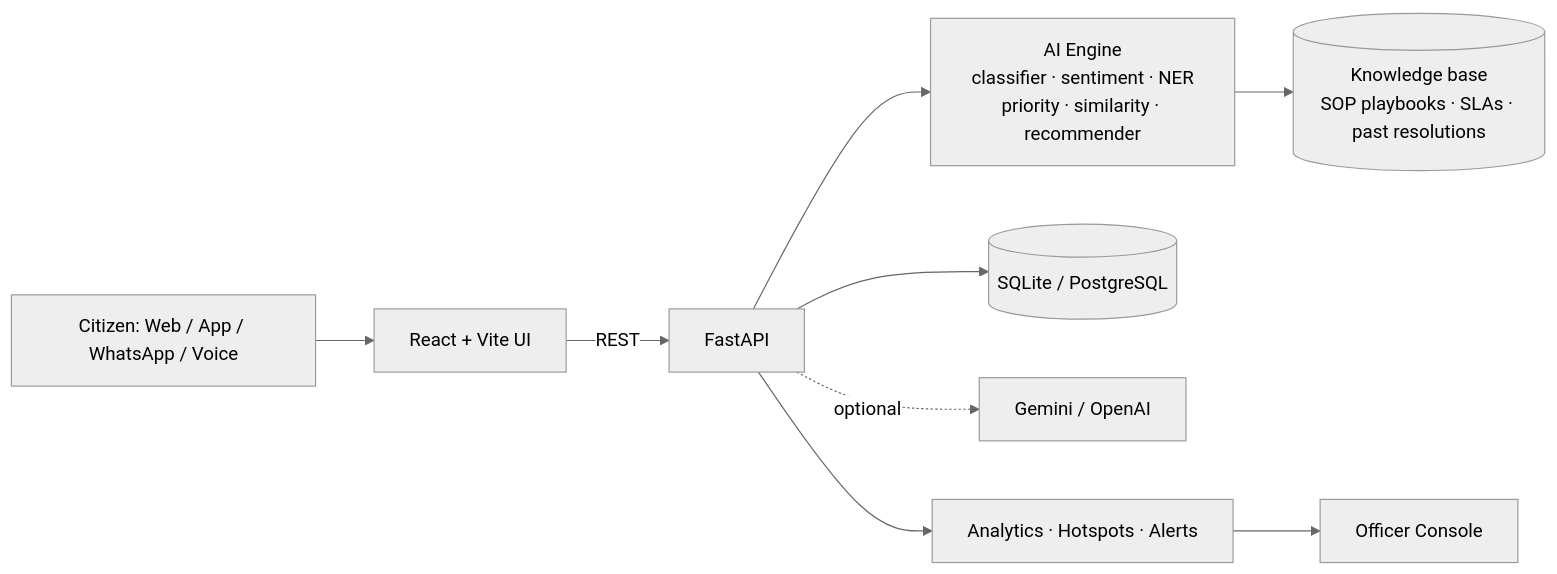
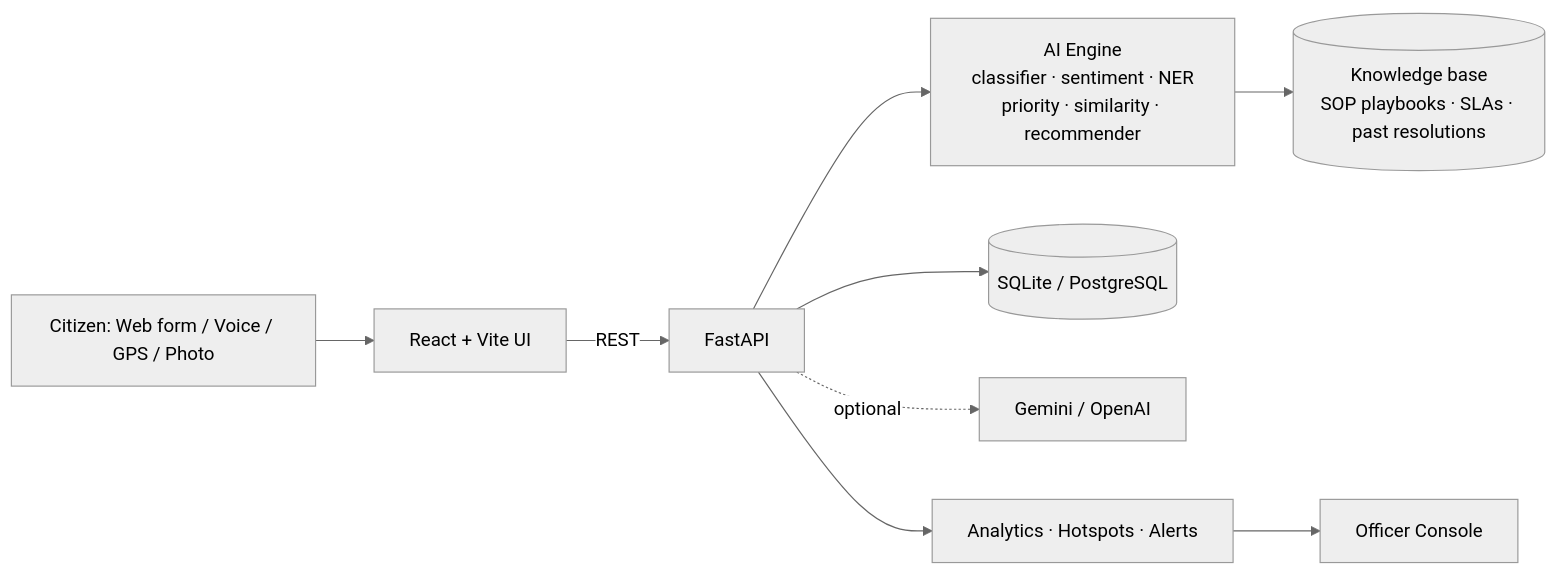
The diagram in README.md (Saikarpe/SamajSevak), drawn with Mermaid (neutral theme) before and after one commit. The commit also changed other lines of this file and 51 other files, not shown here.

````diff
--- a/README.md
+++ b/README.md
@@ -37,11 +79,11 @@
 ```mermaid
 flowchart LR
-  A[Citizen: Web / App / WhatsApp / Voice] --> B[React + Vite UI]
+  A[Citizen: Web form / Voice / GPS / Photo] --> B[React + Vite UI]
   B -->|REST| C[FastAPI]
   C --> D[AI Engine\nclassifier · sentiment · NER\npriority · similarity · recommender]
   C --> E[(SQLite / PostgreSQL)]
   D --> F[(Knowledge base\nSOP playbooks · SLAs · past resolutions)]
   C -. optional .-> G[Gemini / OpenAI]
   C --> H[Analytics · Hotspots · Alerts]
   H --> I[Officer Console]
 ```
````
